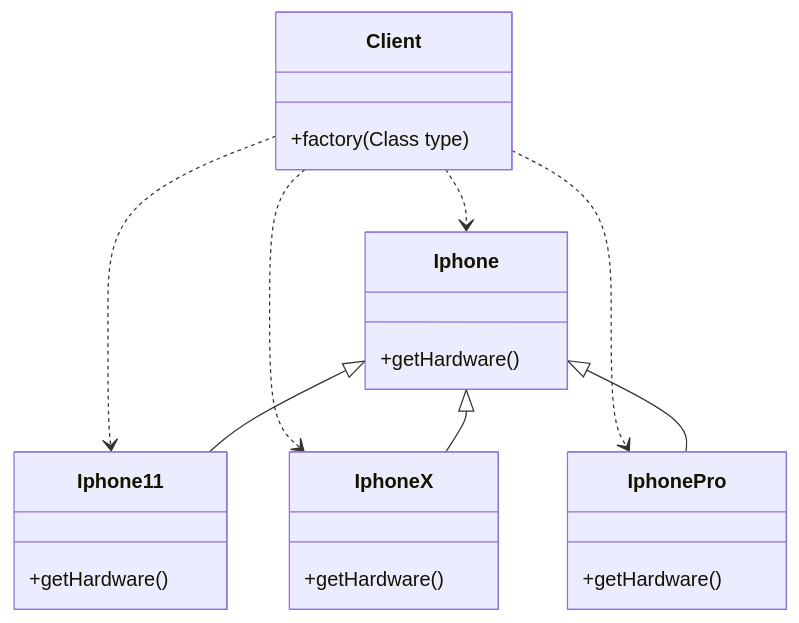
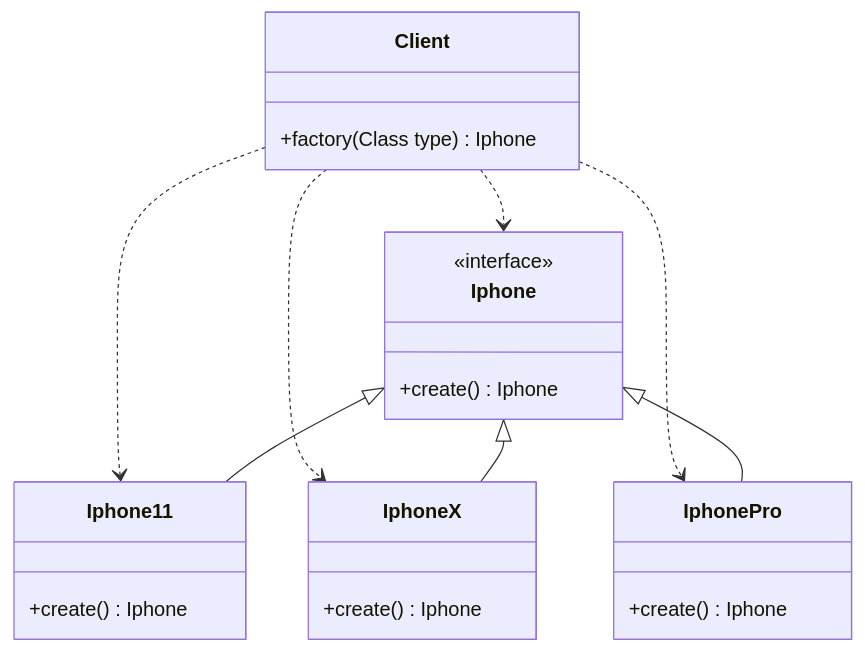
One commit to bcmes/design-patterns changed the first of 4 diagrams in README.md. Above: the diagram before and after it, drawn with Mermaid. The commit also changed other lines of this file and 2 other files, not shown here.

Commit message:
study factory method

````diff
--- a/README.md
+++ b/README.md
@@ -21,21 +21,24 @@
 ```mermaid
 classDiagram
 Client ..> Iphone
 Client ..> Iphone11
 Client ..> IphoneX
 Client ..> IphonePro
-Client: +factory(Class<?> type)
+Client: +factory(Class<?> type) Iphone
 Iphone <|-- Iphone11
 Iphone <|-- IphoneX
 Iphone <|-- IphonePro
-Iphone: +getHardware()
+class Iphone{
+<<interface>>
++create() Iphone
+}
 class Iphone11{
-+getHardware()
++create() Iphone
 }
 class IphoneX{
-+getHardware()
++create() Iphone
 }
 class IphonePro{
-+getHardware()
++create() Iphone
 }
 ```
````
